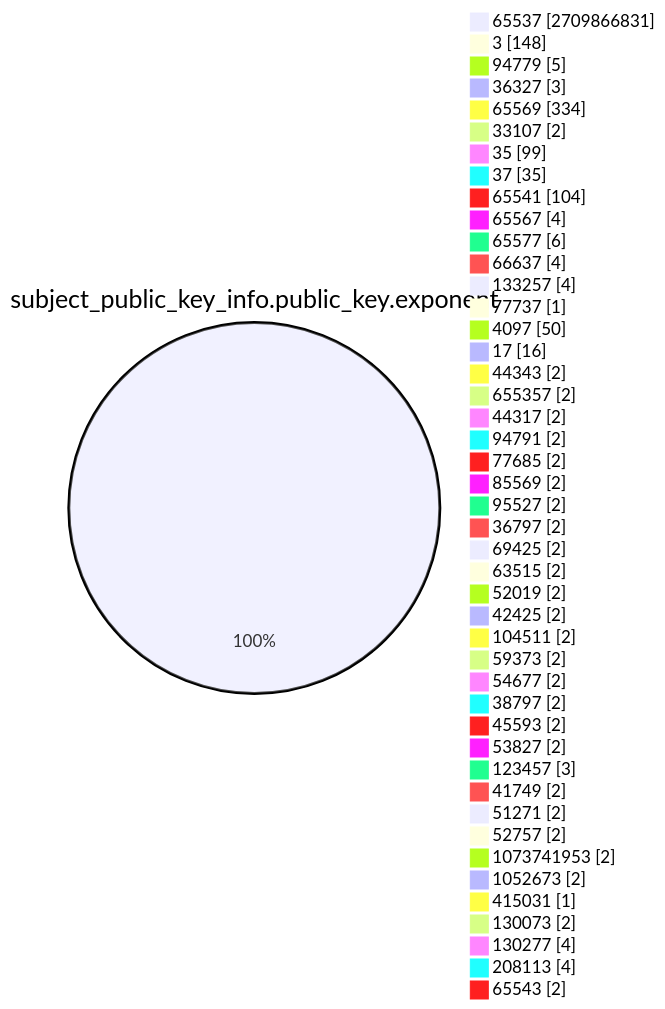
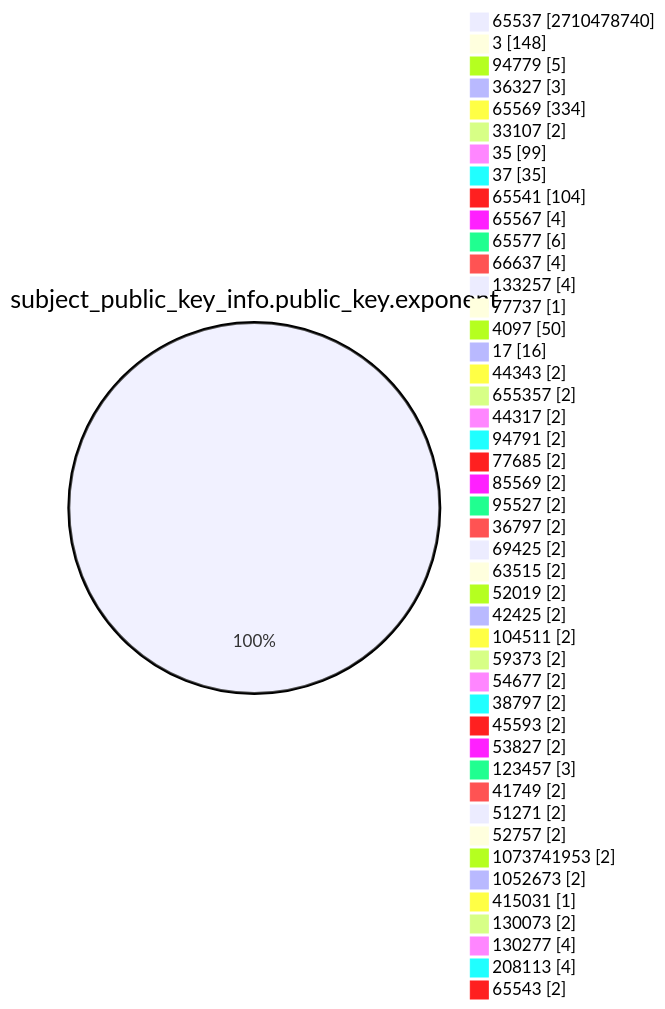
One commit to christiankrug/ctmonitor_visualization changed the fourth of 15 diagrams in TOTAL/README.md. Above: the diagram before and after it, drawn with Mermaid. The commit also changed other lines of this file, not shown here.

````diff
--- a/TOTAL/README.md
+++ b/TOTAL/README.md
@@ -1467,49 +1467,49 @@
 ```mermaid
 pie showData
 title subject_public_key_info.public_key.exponent
-"65537" :2709866831
+"65537" :2710478740
 "3" :148
 "94779" :5
 "36327" :3
 "65569" :334
 "33107" :2
 "35" :99
 "37" :35
 "65541" :104
 "65567" :4
 "65577" :6
 "66637" :4
 "133257" :4
 "77737" :1
 "4097" :50
 "17" :16
 "44343" :2
 "655357" :2
 "44317" :2
 "94791" :2
 "77685" :2
 "85569" :2
 "95527" :2
 "36797" :2
 "69425" :2
 "63515" :2
 "52019" :2
 "42425" :2
 "104511" :2
 "59373" :2
 "54677" :2
 "38797" :2
 "45593" :2
 "53827" :2
 "123457" :3
 "41749" :2
 "51271" :2
 "52757" :2
 "1073741953" :2
 "1052673" :2
 "415031" :1
 "130073" :2
 "130277" :4
 "208113" :4
 "65543" :2
 ```
````
